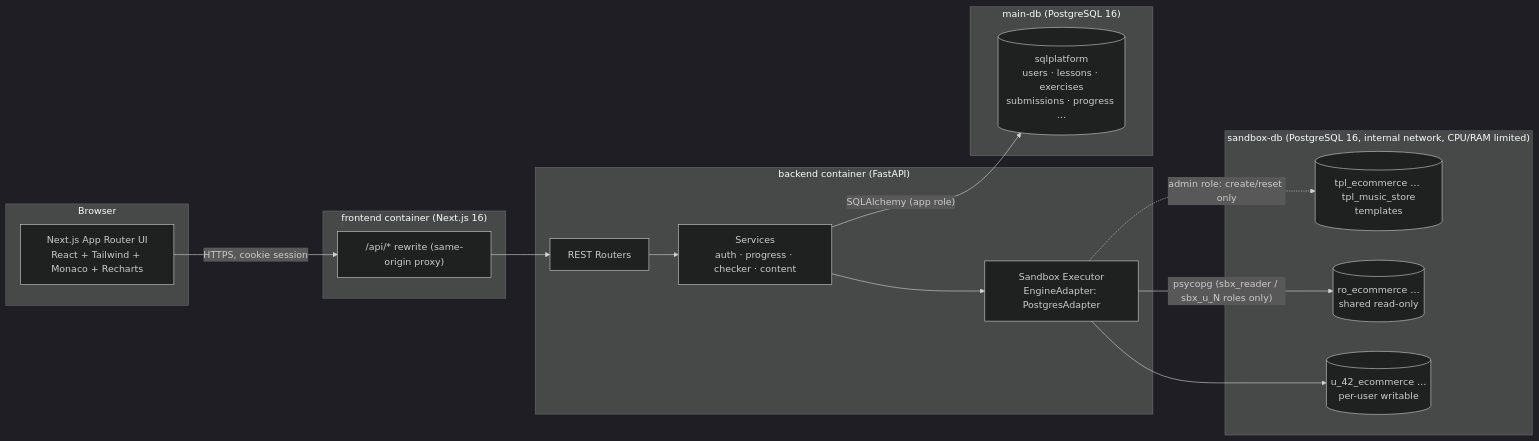
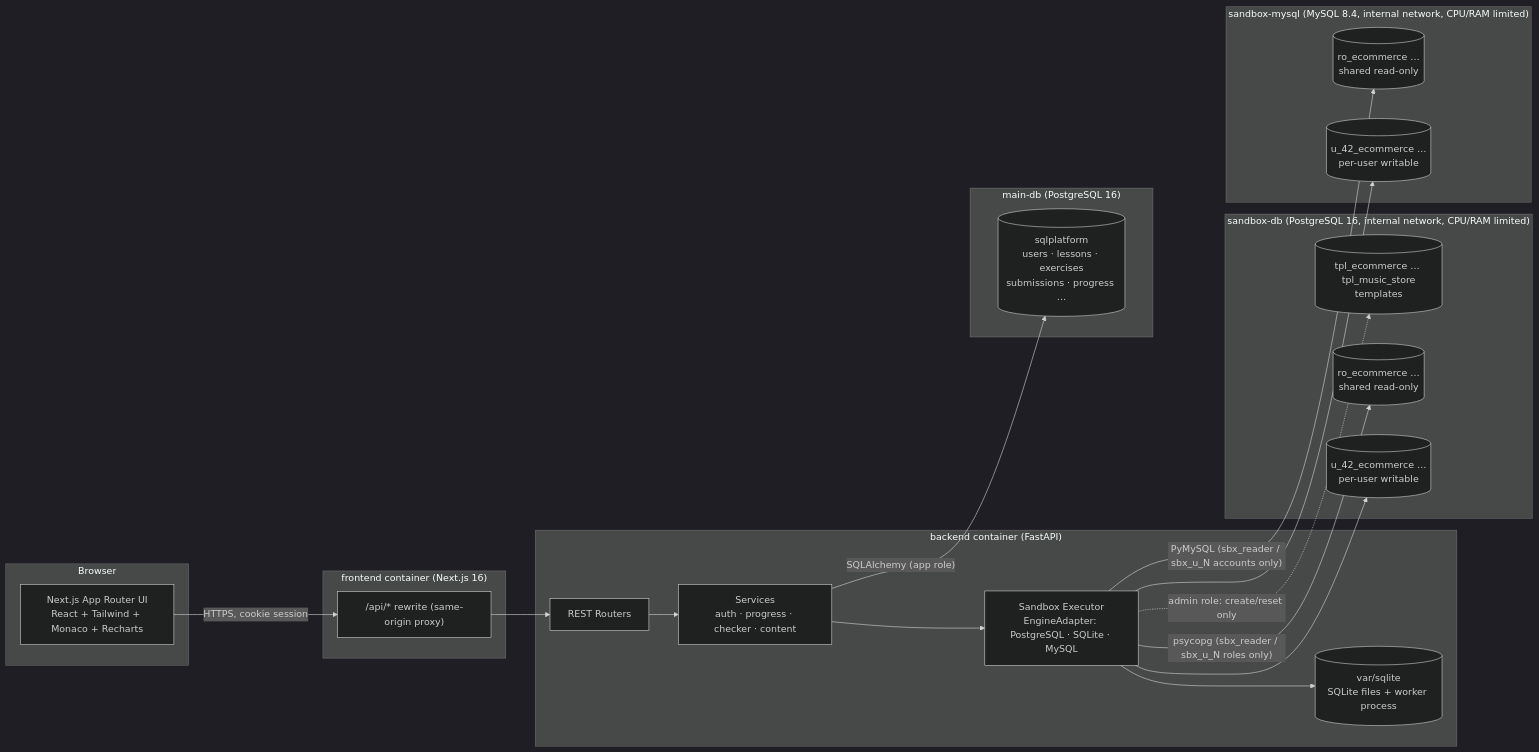
One commit to noppawit1480-byte/1480SQLTest changed the first of 2 diagrams in docs/02-architecture.md. Above: the diagram before and after it, drawn with Mermaid (dark theme). The commit also changed other lines of this file and 38 other files, not shown here.

First line of the commit message:
Add MySQL 8.4 as a third executable engine

````diff
--- a/docs/02-architecture.md
+++ b/docs/02-architecture.md
@@ -7,26 +7,33 @@
 ```mermaid
 flowchart LR
   subgraph Browser
     UI[Next.js App Router UI<br/>React + Tailwind + Monaco + Recharts]
   end
   subgraph web["frontend container (Next.js 16)"]
     RW["/api/* rewrite (same-origin proxy)"]
   end
   subgraph api["backend container (FastAPI)"]
     R[REST Routers] --> S[Services<br/>auth · progress · checker · content]
-    S --> SB[Sandbox Executor<br/>EngineAdapter: PostgresAdapter]
+    S --> SB[Sandbox Executor<br/>EngineAdapter: PostgreSQL · SQLite · MySQL]
+    SB --> SQ[(var/sqlite<br/>SQLite files + worker process)]
   end
   subgraph core["main-db (PostgreSQL 16)"]
     M[(sqlplatform<br/>users · lessons · exercises<br/>submissions · progress …)]
   end
   subgraph sandbox["sandbox-db (PostgreSQL 16, internal network, CPU/RAM limited)"]
     T[(tpl_ecommerce … tpl_music_store<br/>templates)]
     RO[(ro_ecommerce …<br/>shared read-only)]
     U[(u_42_ecommerce …<br/>per-user writable)]
   end
+  subgraph mysql["sandbox-mysql (MySQL 8.4, internal network, CPU/RAM limited)"]
+    MRO[(ro_ecommerce …<br/>shared read-only)]
+    MU[(u_42_ecommerce …<br/>per-user writable)]
+  end
   UI -- HTTPS, cookie session --> RW --> R
   S -- SQLAlchemy (app role) --> M
   SB -- psycopg (sbx_reader / sbx_u_N roles only) --> RO
   SB --> U
   SB -. admin role: create/reset only .-> T
+  SB -- PyMySQL (sbx_reader / sbx_u_N accounts only) --> MRO
+  SB --> MU
 ```
````
